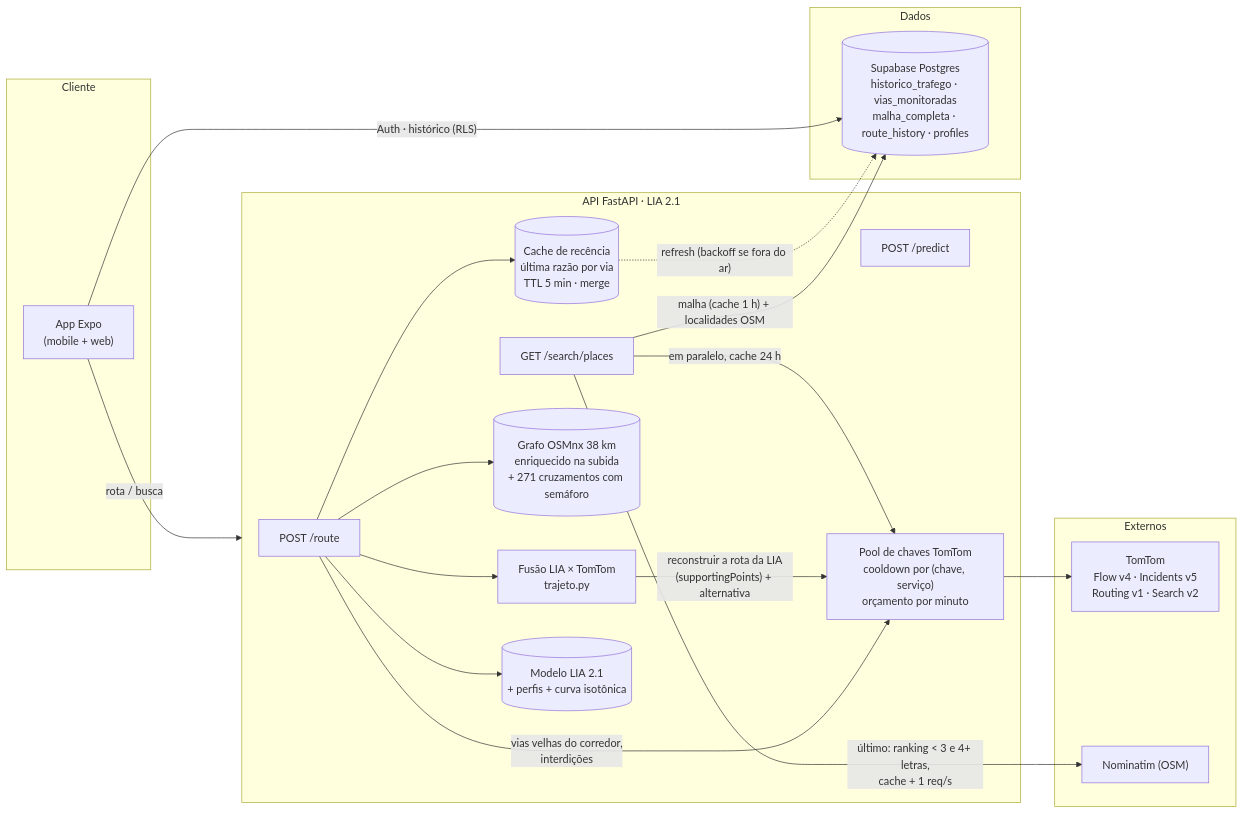
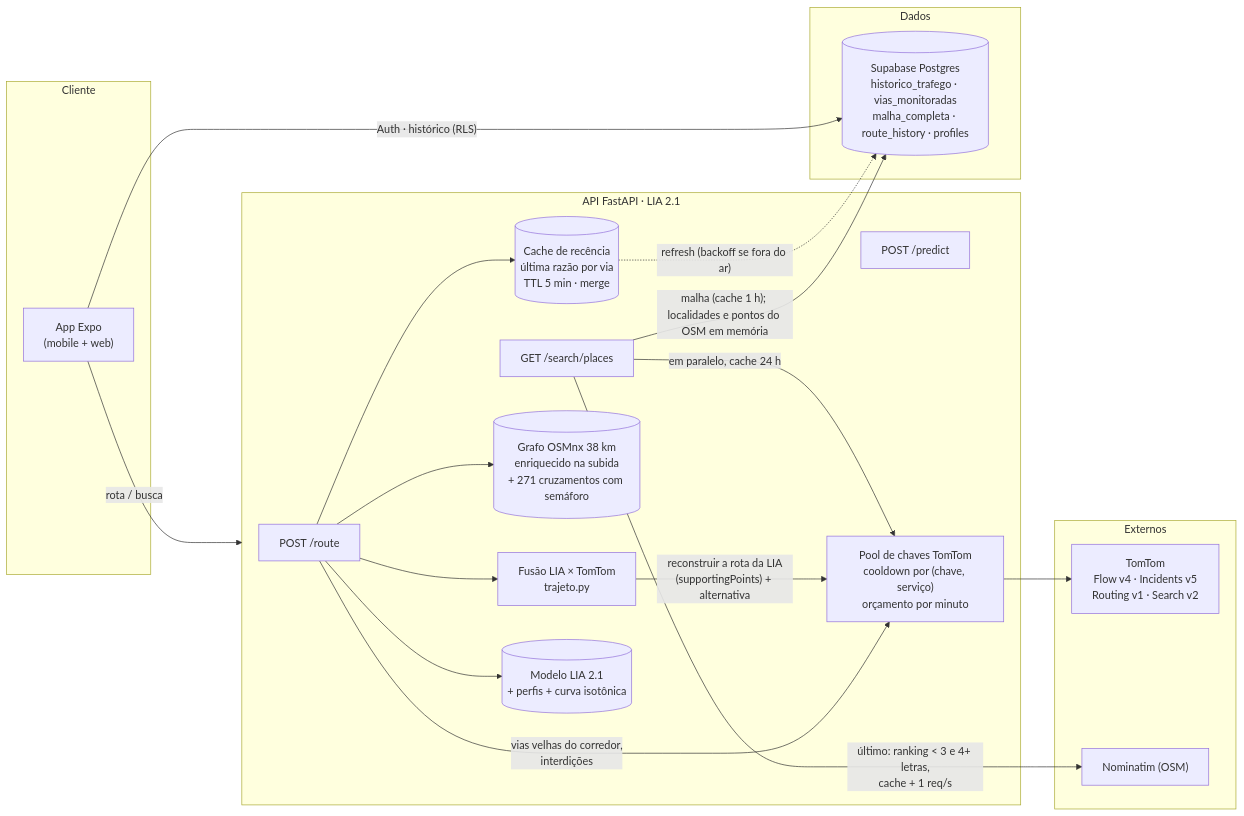
Before and after one commit to G2Martins/Routify: the first of 2 diagrams in docs/core/architecture.md, drawn with Mermaid. The commit also changed other lines of this file and 10 other files, not shown here.

First line of the commit message:
feat(search): OSM points of interest in the local index; DF qualifiers and word order

````diff
--- a/docs/core/architecture.md
+++ b/docs/core/architecture.md
@@ -9,38 +9,38 @@
 ```mermaid
 flowchart LR
     subgraph Cliente
         APP["App Expo<br/>(mobile + web)"]
     end
 
     subgraph API["API FastAPI · LIA 2.1"]
         ROUTE["POST /route"]
         SEARCH["GET /search/places"]
         PRED["POST /predict"]
         RC[("Cache de recência<br/>última razão por via<br/>TTL 5 min · merge")]
         POOL["Pool de chaves TomTom<br/>cooldown por (chave, serviço)<br/>orçamento por minuto"]
         G[("Grafo OSMnx 38 km<br/>enriquecido na subida<br/>+ 271 cruzamentos com semáforo")]
         FUS["Fusão LIA × TomTom<br/>trajeto.py"]
         M[("Modelo LIA 2.1<br/>+ perfis + curva isotônica")]
     end
 
     subgraph Dados
         SB[("Supabase Postgres<br/>historico_trafego · vias_monitoradas<br/>malha_completa · route_history · profiles")]
     end
 
     subgraph Externos
         TT["TomTom<br/>Flow v4 · Incidents v5<br/>Routing v1 · Search v2"]
         NOM["Nominatim (OSM)"]
     end
 
     APP -- "rota / busca" --> API
     APP -- "Auth · histórico (RLS)" --> SB
     ROUTE --> RC & G & M
     ROUTE -- "vias velhas do corredor,<br/>interdições" --> POOL
     ROUTE --> FUS
     FUS -- "reconstruir a rota da LIA<br/>(supportingPoints) + alternativa" --> POOL
-    SEARCH -- "malha (cache 1 h) + localidades OSM" --> SB
+    SEARCH -- "malha (cache 1 h); localidades e pontos do OSM em memória" --> SB
     SEARCH -- "em paralelo, cache 24 h" --> POOL
     SEARCH -- "último: ranking < 3 e 4+ letras,<br/>cache + 1 req/s" --> NOM
     POOL --> TT
     RC -. "refresh (backoff se fora do ar)" .-> SB
 ```
````
